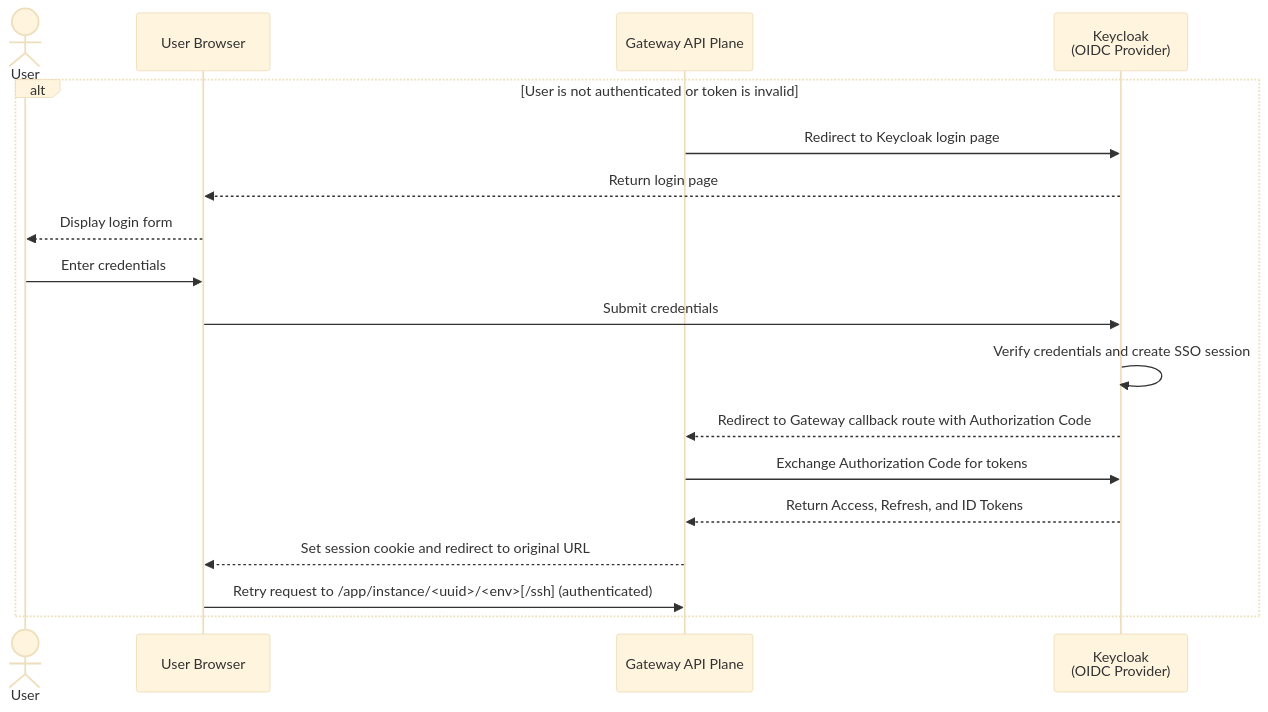
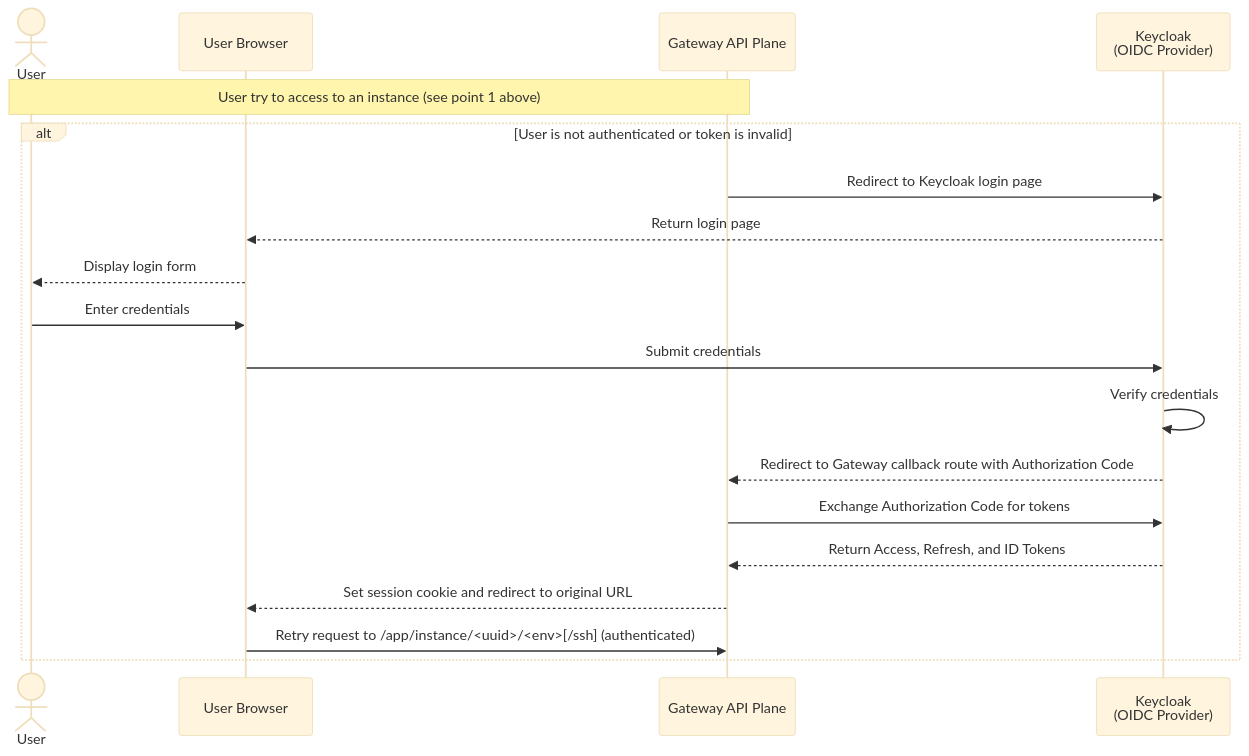
Before and after one commit to netgroup-polito/CrownLabs: the fourth of 4 diagrams in frontend/README.md, drawn with Mermaid (base theme). The commit also changed other lines of this file, not shown here.

````diff
--- a/frontend/README.md
+++ b/frontend/README.md
@@ -134,21 +136,23 @@
 ```mermaid
 sequenceDiagram
     actor User
     participant Browser as User Browser
     participant LB as Gateway API Plane
     participant Keycloak as Keycloak<br/>(OIDC Provider)
 
+    Note over User, LB: User try to access to an instance (see point 1 above)
+
     alt User is not authenticated or token is invalid
         LB->>Keycloak: Redirect to Keycloak login page
         Keycloak-->>Browser: Return login page
         Browser-->>User: Display login form
         User->>Browser: Enter credentials
         Browser->>Keycloak: Submit credentials
-        Keycloak->>Keycloak: Verify credentials and create SSO session
+        Keycloak->>Keycloak: Verify credentials
         Keycloak-->>LB: Redirect to Gateway callback route with Authorization Code
         LB->>Keycloak: Exchange Authorization Code for tokens
         Keycloak-->>LB: Return Access, Refresh, and ID Tokens
         LB-->>Browser: Set session cookie and redirect to original URL
         Browser->>LB: Retry request to /app/instance/<uuid>/<env>[/ssh] (authenticated)
     end
 ```
````
